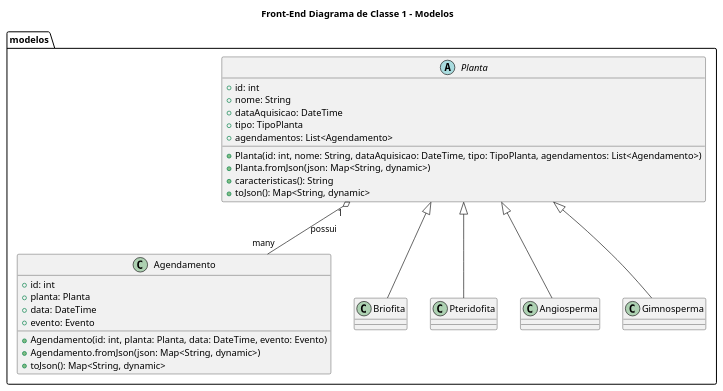
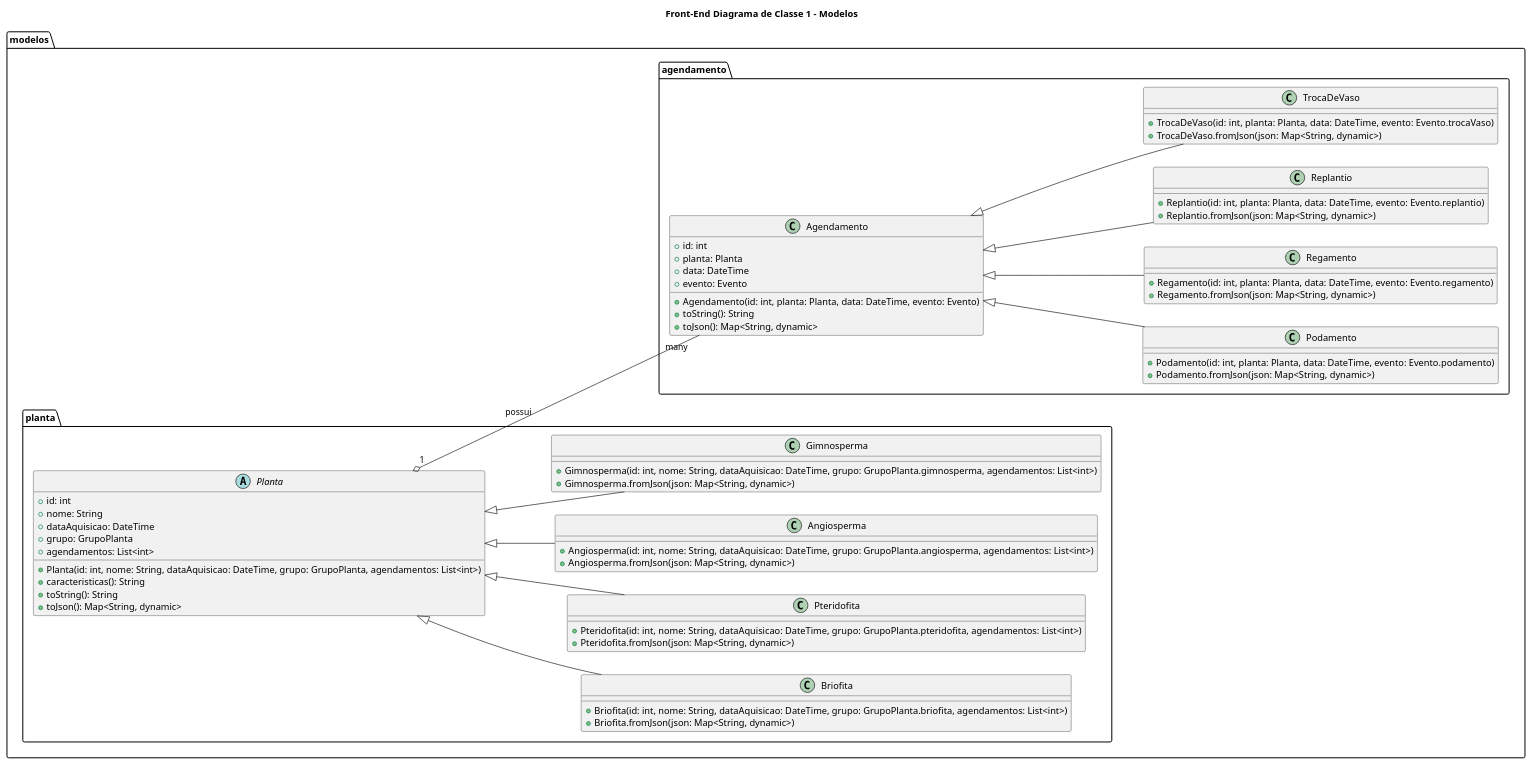
Before and after one commit to tiagors09/CareGardenProject: the diagram in docs/diagramas/src/diagramas_classe/frontend/diagrama_classe_1.plantuml, drawn with PlantUML. The commit also changed 3 other files, not shown here.

```diff
--- a/docs/diagramas/src/diagramas_classe/frontend/diagrama_classe_1.plantuml
+++ b/docs/diagramas/src/diagramas_classe/frontend/diagrama_classe_1.plantuml
@@ -1,41 +1,87 @@
 @startuml Diagrama_Classe_1
 title Front-End Diagrama de Classe 1 - Modelos
 
+left to right direction
+
 package modelos {
   
-  class Agendamento {
-    +id: int
-    +planta: Planta
-    +data: DateTime
-    +evento: Evento
-    +Agendamento(id: int, planta: Planta, data: DateTime, evento: Evento)
-    +Agendamento.fromJson(json: Map<String, dynamic>)
-    +toJson(): Map<String, dynamic>
+  package agendamento {
+    class Agendamento {
+      +id: int
+      +planta: Planta
+      +data: DateTime
+      +evento: Evento
+      +Agendamento(id: int, planta: Planta, data: DateTime, evento: Evento)
+      +toString(): String
+      +toJson(): Map<String, dynamic>
+    }
+
+    class Podamento {
+      +Podamento(id: int, planta: Planta, data: DateTime, evento: Evento.podamento)
+      +Podamento.fromJson(json: Map<String, dynamic>)
+    }
+
+    class Regamento {
+      +Regamento(id: int, planta: Planta, data: DateTime, evento: Evento.regamento)
+      +Regamento.fromJson(json: Map<String, dynamic>)
+    }
+
+    class Replantio {
+      +Replantio(id: int, planta: Planta, data: DateTime, evento: Evento.replantio)
+      +Replantio.fromJson(json: Map<String, dynamic>)
+    }
+
+    class TrocaDeVaso {
+      +TrocaDeVaso(id: int, planta: Planta, data: DateTime, evento: Evento.trocaVaso)
+      +TrocaDeVaso.fromJson(json: Map<String, dynamic>)
+    }
   }
 
-  abstract class Planta {
-    +id: int
-    +nome: String
-    +dataAquisicao: DateTime
-    +tipo: TipoPlanta
-    +agendamentos: List<Agendamento>
-    +Planta(id: int, nome: String, dataAquisicao: DateTime, tipo: TipoPlanta, agendamentos: List<Agendamento>)
-    +Planta.fromJson(json: Map<String, dynamic>)
-    +caracteristicas(): String
-    +toJson(): Map<String, dynamic>
+  package planta {
+    abstract class Planta {
+      +id: int
+      +nome: String
+      +dataAquisicao: DateTime
+      +grupo: GrupoPlanta
+      +agendamentos: List<int>
+      +Planta(id: int, nome: String, dataAquisicao: DateTime, grupo: GrupoPlanta, agendamentos: List<int>)
+      +caracteristicas(): String
+      +toString(): String
+      +toJson(): Map<String, dynamic>
+    }
+    
+    class Briofita {
+      +Briofita(id: int, nome: String, dataAquisicao: DateTime, grupo: GrupoPlanta.briofita, agendamentos: List<int>)
+      +Briofita.fromJson(json: Map<String, dynamic>)
+    }
+
+    class Pteridofita {
+      +Pteridofita(id: int, nome: String, dataAquisicao: DateTime, grupo: GrupoPlanta.pteridofita, agendamentos: List<int>)
+      +Pteridofita.fromJson(json: Map<String, dynamic>)
+    }
+
+    class Angiosperma {
+      +Angiosperma(id: int, nome: String, dataAquisicao: DateTime, grupo: GrupoPlanta.angiosperma, agendamentos: List<int>)
+      +Angiosperma.fromJson(json: Map<String, dynamic>)
+    }
+
+    class Gimnosperma {
+      +Gimnosperma(id: int, nome: String, dataAquisicao: DateTime, grupo: GrupoPlanta.gimnosperma, agendamentos: List<int>)
+      +Gimnosperma.fromJson(json: Map<String, dynamic>)
+    }
   }
-  
-  class Briofita
-  class Pteridofita
-  class Angiosperma
-  class Gimnosperma
 }
 
 Planta <|-- Briofita
 Planta <|-- Pteridofita
 Planta <|-- Angiosperma
 Planta <|-- Gimnosperma
 
+Agendamento <|-- Podamento
+Agendamento <|-- Regamento
+Agendamento <|-- Replantio
+Agendamento <|-- TrocaDeVaso
+
 Planta "1" o-- "many" Agendamento : possui
 
 @enduml
```
